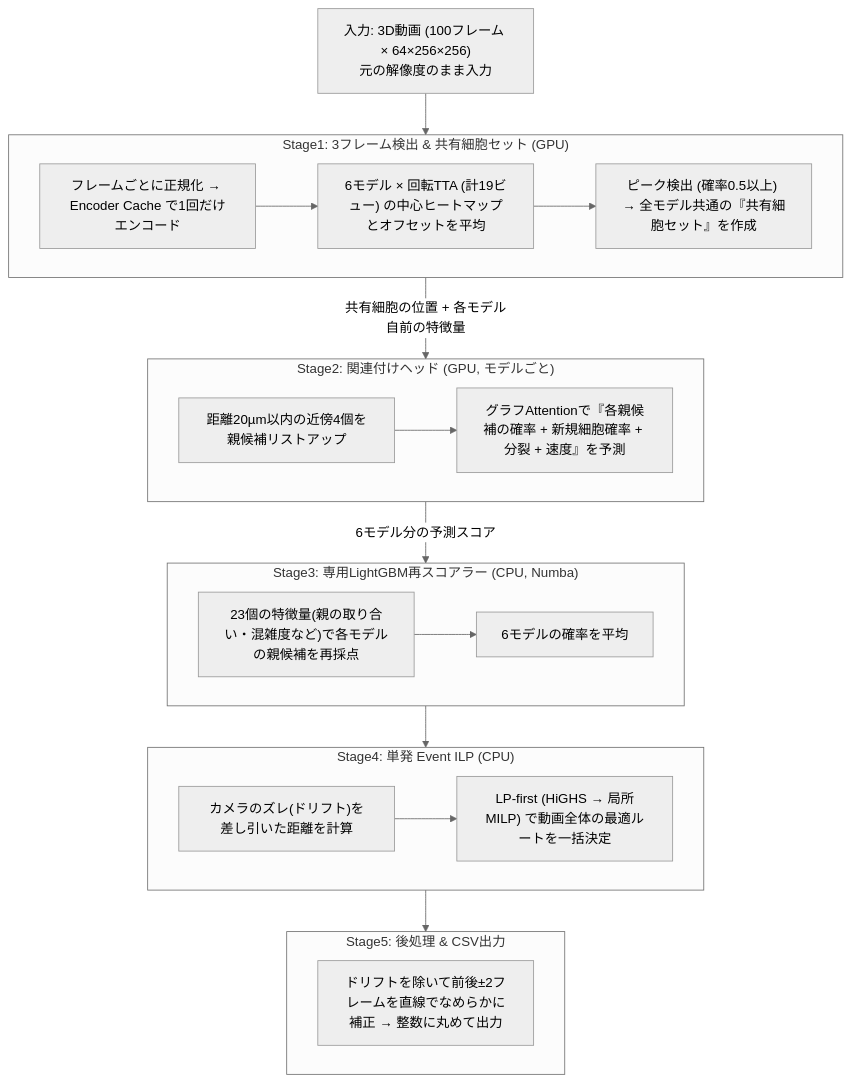
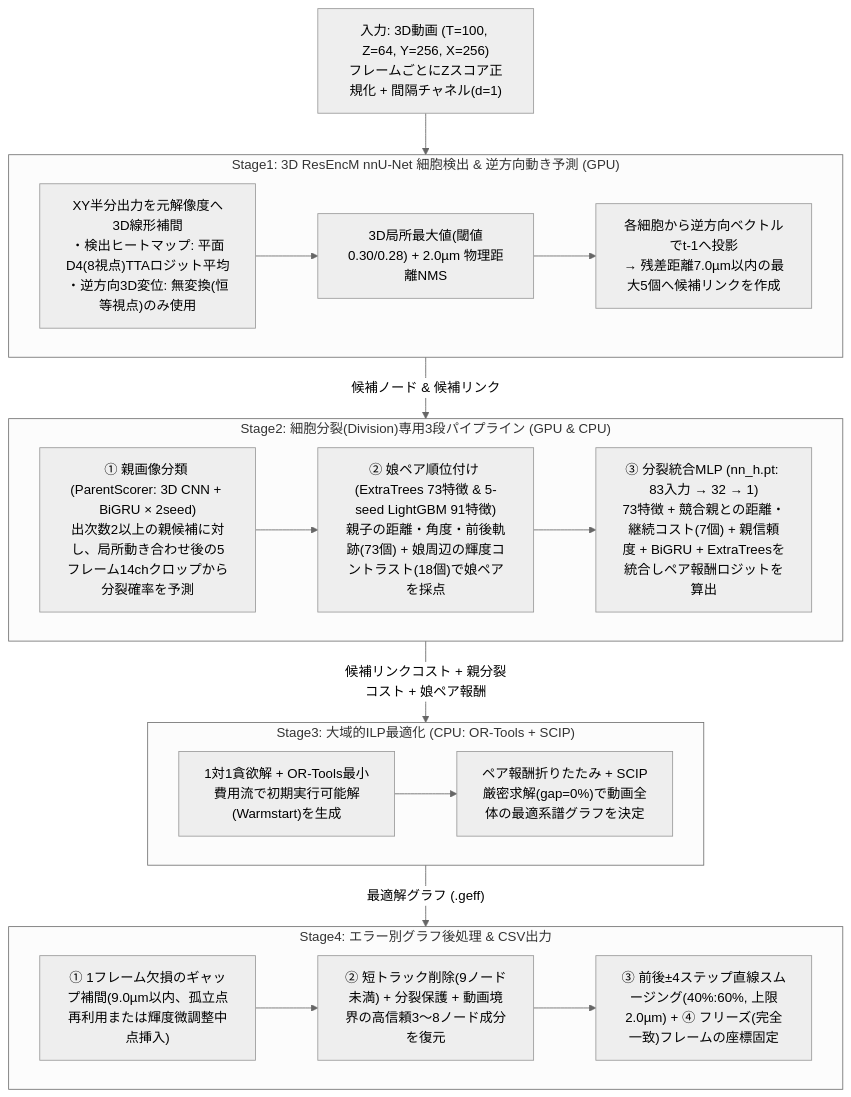
One commit to kito2718/kgle_001_BCT_Episode changed the second of 5 diagrams in episode/Summary&Conclusion/7th-place-summary.md. Above: the diagram before and after it, drawn with Mermaid (neutral theme). The commit also changed other lines of this file, not shown here.

````diff
--- a/episode/Summary&Conclusion/7th-place-summary.md
+++ b/episode/Summary&Conclusion/7th-place-summary.md
@@ -157,33 +147,29 @@
 ```mermaid
 flowchart TD
-    Input["入力: 3D動画 (100フレーム × 64×256×256)<br/>元の解像度のまま入力"] --> S1
+    Input["入力: 3D動画 (T=100, Z=64, Y=256, X=256)<br/>フレームごとにZスコア正規化 + 間隔チャネル(d=1)"] --> S1
 
-    subgraph S1["Stage1: 3フレーム検出 & 共有細胞セット (GPU)"]
-        P1["フレームごとに正規化 → Encoder Cache で1回だけエンコード"] --> P2["6モデル × 回転TTA (計19ビュー) の中心ヒートマップとオフセットを平均"]
-        P2 --> P3["ピーク検出 (確率0.5以上) → 全モデル共通の『共有細胞セット』を作成"]
+    subgraph S1["Stage1: 3D ResEncM nnU-Net 細胞検出 & 逆方向動き予測 (GPU)"]
+        P1["XY半分出力を元解像度へ3D線形補間<br/>・検出ヒートマップ: 平面D4(8視点)TTAロジット平均<br/>・逆方向3D変位: 無変換(恒等視点)のみ使用"] --> P2["3D局所最大値(閾値0.30/0.28) + 2.0µm 物理距離NMS"]
+        P2 --> P3["各細胞から逆方向ベクトルでt-1へ投影<br/>→ 残差距離7.0µm以内の最大5個へ候補リンクを作成"]
     end
 
-    S1 -->|"共有細胞の位置 + 各モデル自前の特徴量"| S2
+    S1 -->|"候補ノード & 候補リンク"| S2
 
-    subgraph S2["Stage2: 関連付けヘッド (GPU, モデルごと)"]
-        A1["距離20µm以内の近傍4個を親候補リストアップ"] --> A2["グラフAttentionで『各親候補の確率 + 新規細胞確率 + 分裂 + 速度』を予測"]
+    subgraph S2["Stage2: 細胞分裂(Division)専用3段パイプライン (GPU & CPU)"]
+        D1["① 親画像分類 (ParentScorer: 3D CNN + BiGRU × 2seed)<br/>出次数2以上の親候補に対し、局所動き合わせ後の5フレーム14chクロップから分裂確率を予測"] --> D2["② 娘ペア順位付け (ExtraTrees 73特徴 & 5-seed LightGBM 91特徴)<br/>親子の距離・角度・前後軌跡(73個) + 娘周辺の輝度コントラスト(18個)で娘ペアを採点"]
+        D2 --> D3["③ 分裂統合MLP (nn_h.pt: 83入力 → 32 → 1)<br/>73特徴 + 競合親との距離・継続コスト(7個) + 親信頼度 + BiGRU + ExtraTreesを統合しペア報酬ロジットを算出"]
     end
 
-    S2 -->|"6モデル分の予測スコア"| S3
+    S2 -->|"候補リンクコスト + 親分裂コスト + 娘ペア報酬"| S3
 
-    subgraph S3["Stage3: 専用LightGBM再スコアラー (CPU, Numba)"]
-        R1["23個の特徴量(親の取り合い・混雑度など)で各モデルの親候補を再採点"] --> R2["6モデルの確率を平均"]
+    subgraph S3["Stage3: 大域的ILP最適化 (CPU: OR-Tools + SCIP)"]
+        I1["1対1貪欲解 + OR-Tools最小費用流で初期実行可能解(Warmstart)を生成"] --> I2["ペア報酬折りたたみ + SCIP厳密求解(gap=0%)で動画全体の最適系譜グラフを決定"]
     end
 
-    S3 --> S4
+    S3 -->|"最適解グラフ (.geff)"| S4
 
-    subgraph S4["Stage4: 単発 Event ILP (CPU)"]
-        I1["カメラのズレ(ドリフト)を差し引いた距離を計算"] --> I2["LP-first (HiGHS → 局所MILP) で動画全体の最適ルートを一括決定"]
-    end
-
-    S4 --> S5
-
-    subgraph S5["Stage5: 後処理 & CSV出力"]
-        O1["ドリフトを除いて前後±2フレームを直線でなめらかに補正 → 整数に丸めて出力"]
+    subgraph S4["Stage4: エラー別グラフ後処理 & CSV出力"]
+        O1["① 1フレーム欠損のギャップ補間(9.0µm以内、孤立点再利用または輝度微調整中点挿入)"] --> O2["② 短トラック削除(9ノード未満) + 分裂保護 + 動画境界の高信頼3〜8ノード成分を復元"]
+        O2 --> O3["③ 前後±4ステップ直線スムージング(40%:60%, 上限2.0µm) + ④ フリーズ(完全一致)フレームの座標固定"]
     end
 ```
````
